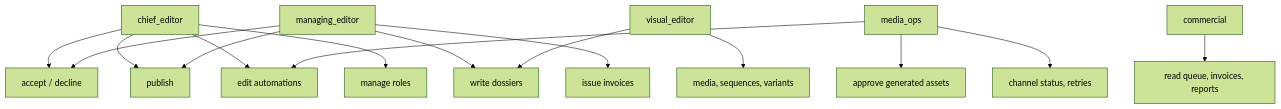
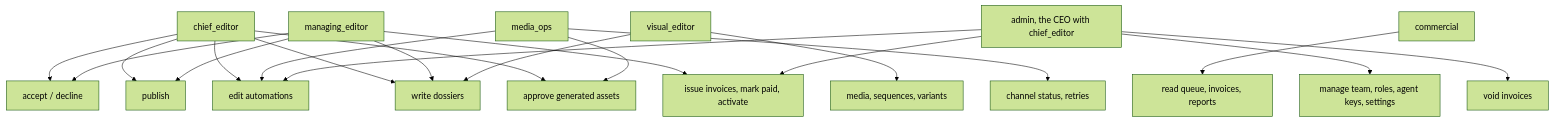
Before and after one commit to AbdulrahmanAmer/matter-of-place: the third of 3 diagrams in workspace/03-diagrams/admin-os.md, drawn with Mermaid (forest theme). The commit also changed other lines of this file and 104 other files, not shown here.

First line of the commit message:
Traceability audit rounds 5 and 6; diagrams brought in line with the plans; rulings G58 to G65

````diff
--- a/workspace/03-diagrams/admin-os.md
+++ b/workspace/03-diagrams/admin-os.md
@@ -73,8 +74,9 @@
 ```mermaid
 flowchart TB
-  CE[chief_editor] --> a1[accept / decline] & a2[publish] & a3[edit automations] & a4[manage roles]
-  ME[managing_editor] --> a1 & a2 & a5[write dossiers] & a6[issue invoices]
+  CE[chief_editor] --> a1[accept / decline] & a2[publish] & a3[edit automations] & a5 & a8
+  ME[managing_editor] --> a1 & a2 & a5[write dossiers] & a6[issue invoices, mark paid, activate]
   VE[visual_editor] --> a5 & a7[media, sequences, variants]
   MO[media_ops] --> a8[approve generated assets] & a9[channel status, retries] & a3
   CO[commercial] --> a10[read queue, invoices, reports]
+  AD[admin, the CEO with chief_editor] --> a4[manage team, roles, agent keys, settings] & a6 & a11[void invoices] & a3
 ```
````
